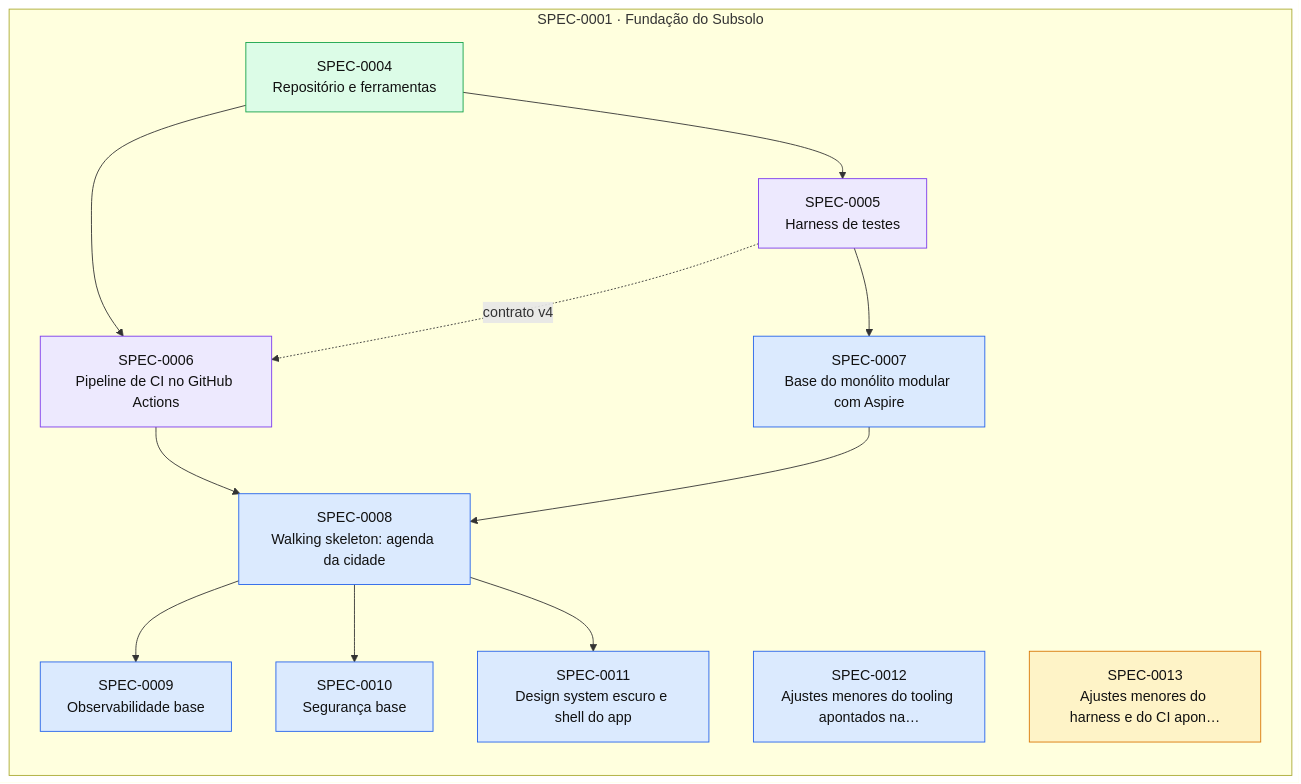
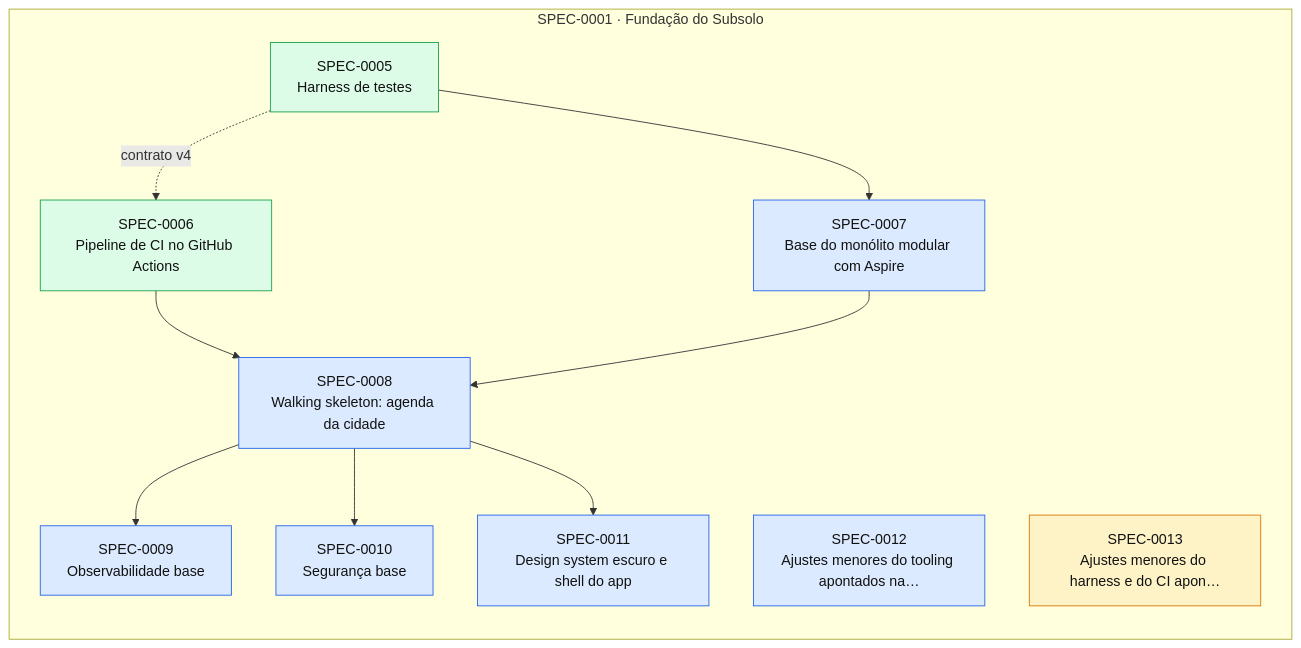
One commit to thomasravache/subsolo changed the diagram in docs/specs/INDEX.md. Above: the diagram before and after it, drawn with Mermaid. The commit also changed other lines of this file and 2 other files, not shown here.

First line of the commit message:
docs(sdd): mark SPEC-0005 and SPEC-0006 implemented

````diff
--- a/docs/specs/INDEX.md
+++ b/docs/specs/INDEX.md
@@ -69,29 +67,26 @@
 ```mermaid
 flowchart LR
   subgraph E0001["SPEC-0001 · Fundação do Subsolo"]
-    S0004["SPEC-0004<br/>Repositório e ferramentas"]:::implemented
-    S0005["SPEC-0005<br/>Harness de testes"]:::inprogress
-    S0006["SPEC-0006<br/>Pipeline de CI no GitHub Actions"]:::inprogress
+    S0005["SPEC-0005<br/>Harness de testes"]:::implemented
+    S0006["SPEC-0006<br/>Pipeline de CI no GitHub Actions"]:::implemented
     S0007["SPEC-0007<br/>Base do monólito modular com Aspire"]:::approved
     S0008["SPEC-0008<br/>Walking skeleton: agenda da cidade"]:::approved
     S0009["SPEC-0009<br/>Observabilidade base"]:::approved
     S0010["SPEC-0010<br/>Segurança base"]:::approved
     S0011["SPEC-0011<br/>Design system escuro e shell do app"]:::approved
     S0012["SPEC-0012<br/>Ajustes menores do tooling apontados na…"]:::approved
     S0013["SPEC-0013<br/>Ajustes menores do harness e do CI apon…"]:::proposed
   end
-  S0004 --> S0005
-  S0004 --> S0006
   S0005 -. contrato v4 .-> S0006
   S0005 --> S0007
   S0006 --> S0008
   S0007 --> S0008
   S0008 --> S0009
   S0008 --> S0010
   S0008 --> S0011
   classDef proposed fill:#fef3c7,stroke:#d97706,color:#111
   classDef approved fill:#dbeafe,stroke:#2563eb,color:#111
   classDef inprogress fill:#ede9fe,stroke:#7c3aed,color:#111
   classDef implemented fill:#dcfce7,stroke:#16a34a,color:#111
   classDef deprecated fill:#f3f4f6,stroke:#9ca3af,color:#6b7280
 ```
````
